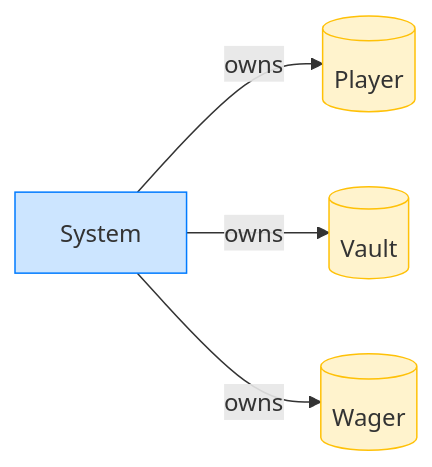
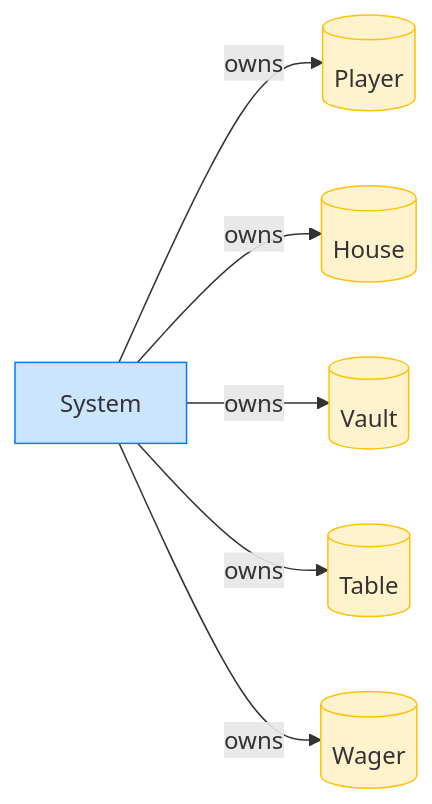
Before and after one commit to cds-turbin3/builder-05-no-fair-dice: the third of 3 diagrams in dogfood/report/refund.md, drawn with Mermaid. The commit also changed other lines of this file and 15 other files, not shown here.

````diff
--- a/dogfood/report/refund.md
+++ b/dogfood/report/refund.md
@@ -54,12 +58,16 @@
 ```mermaid
 flowchart LR
     classDef owner fill:#cce5ff,stroke:#007bff;
     classDef account fill:#fff3cd,stroke:#ffc107;
     System[System]:::owner
     Player[(Player)]:::account
+    House[(House)]:::account
     Vault[(Vault)]:::account
+    Table[(Table)]:::account
     Wager[(Wager)]:::account
     System -->|owns| Player
+    System -->|owns| House
     System -->|owns| Vault
+    System -->|owns| Table
     System -->|owns| Wager
 ```
````
